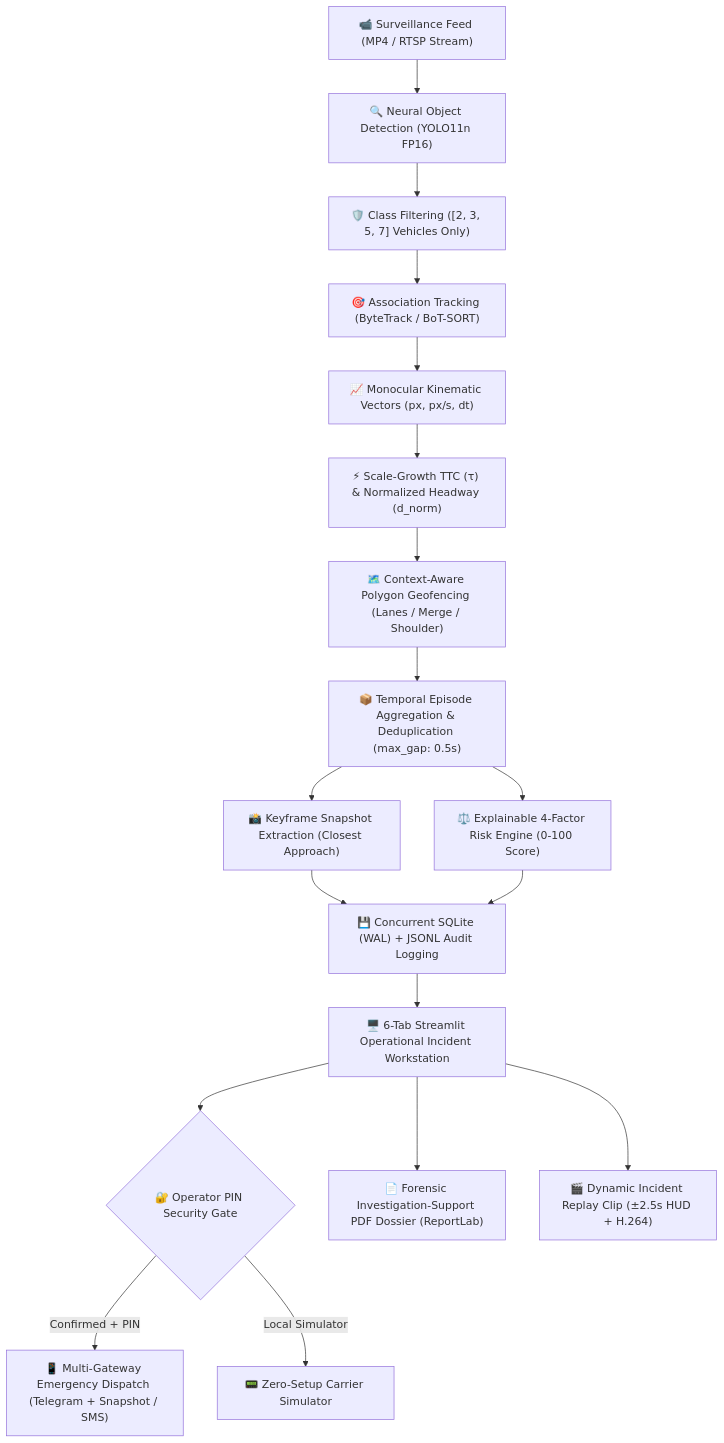
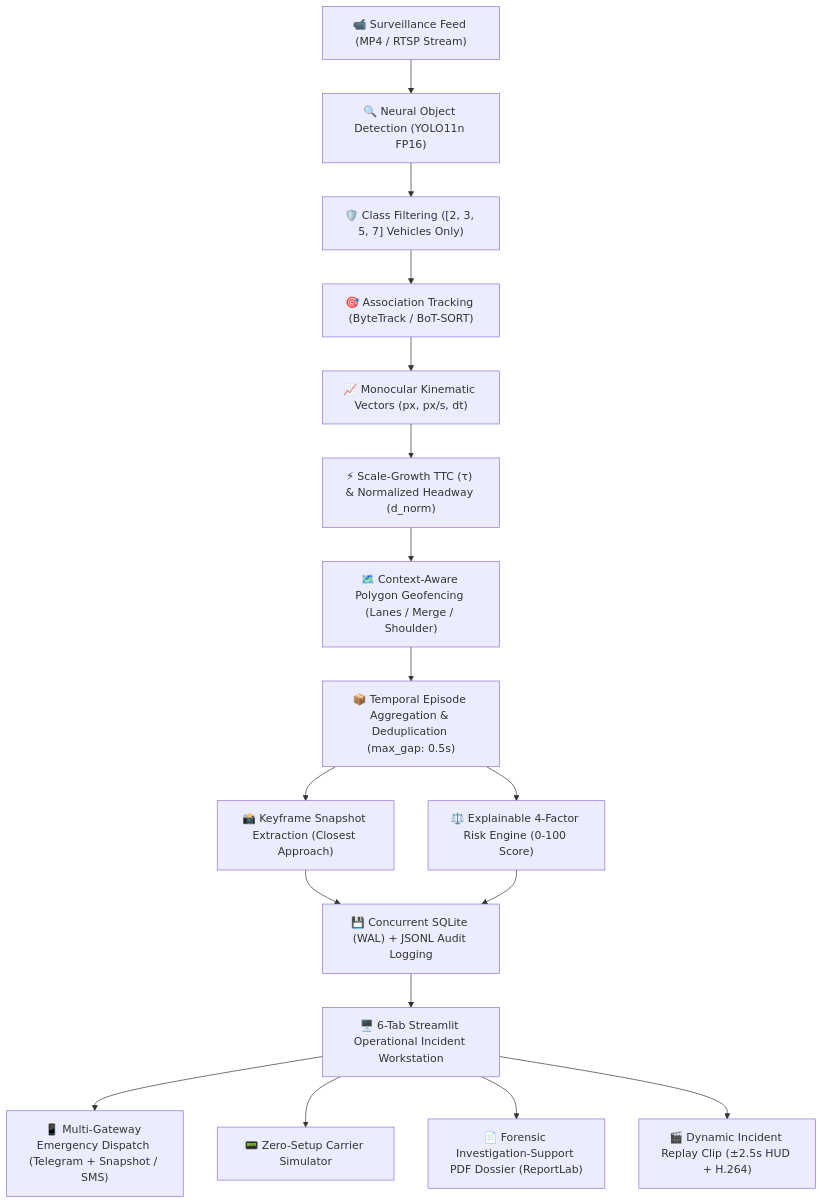
The diagram in docs/ARCHITECTURE_FEATURES_AND_TECH_STACK.md (vishalbhardwaj-source/MotionGuard), drawn with Mermaid before and after one commit. The commit also changed other lines of this file and 5 other files, not shown here.

Commit message:
Fix custom video upload binding, adaptive kinematic sensitivity, and safe flow receipt

````diff
--- a/docs/ARCHITECTURE_FEATURES_AND_TECH_STACK.md
+++ b/docs/ARCHITECTURE_FEATURES_AND_TECH_STACK.md
@@ -53,20 +53,19 @@
 ```mermaid
 flowchart TD
     Video["📹 Surveillance Feed (MP4 / RTSP Stream)"] --> Detection["🔍 Neural Object Detection (YOLO11n FP16)"]
     Detection --> Filter["🛡️ Class Filtering ([2, 3, 5, 7] Vehicles Only)"]
     Filter --> Tracking["🎯 Association Tracking (ByteTrack / BoT-SORT)"]
     Tracking --> Kinematics["📈 Monocular Kinematic Vectors (px, px/s, dt)"]
     Kinematics --> PhysicsEngine["⚡ Scale-Growth TTC (τ) & Normalized Headway (d_norm)"]
     PhysicsEngine --> Zones["🗺️ Context-Aware Polygon Geofencing (Lanes / Merge / Shoulder)"]
     Zones --> Aggregation["📦 Temporal Episode Aggregation & Deduplication (max_gap: 0.5s)"]
     Aggregation --> Evidence["📸 Keyframe Snapshot Extraction (Closest Approach)"]
     Aggregation --> Risk["⚖️ Explainable 4-Factor Risk Engine (0-100 Score)"]
     Evidence --> Storage["💾 Concurrent SQLite (WAL) + JSONL Audit Logging"]
     Risk --> Storage
     Storage --> Dashboard["🖥️ 6-Tab Streamlit Operational Incident Workstation"]
-    Dashboard --> AuthGate{"🔐 Operator PIN Security Gate"}
-    AuthGate -->|Confirmed + PIN| TelemetryDispatch["📱 Multi-Gateway Emergency Dispatch (Telegram + Snapshot / SMS)"]
-    AuthGate -->|Local Simulator| LocalSim["📟 Zero-Setup Carrier Simulator"]
+    Dashboard --> TelemetryDispatch["📱 Multi-Gateway Emergency Dispatch (Telegram + Snapshot / SMS)"]
+    Dashboard --> LocalSim["📟 Zero-Setup Carrier Simulator"]
     Dashboard --> PDFExport["📄 Forensic Investigation-Support PDF Dossier (ReportLab)"]
     Dashboard --> ClipExport["🎬 Dynamic Incident Replay Clip (±2.5s HUD + H.264)"]
 ```
````
